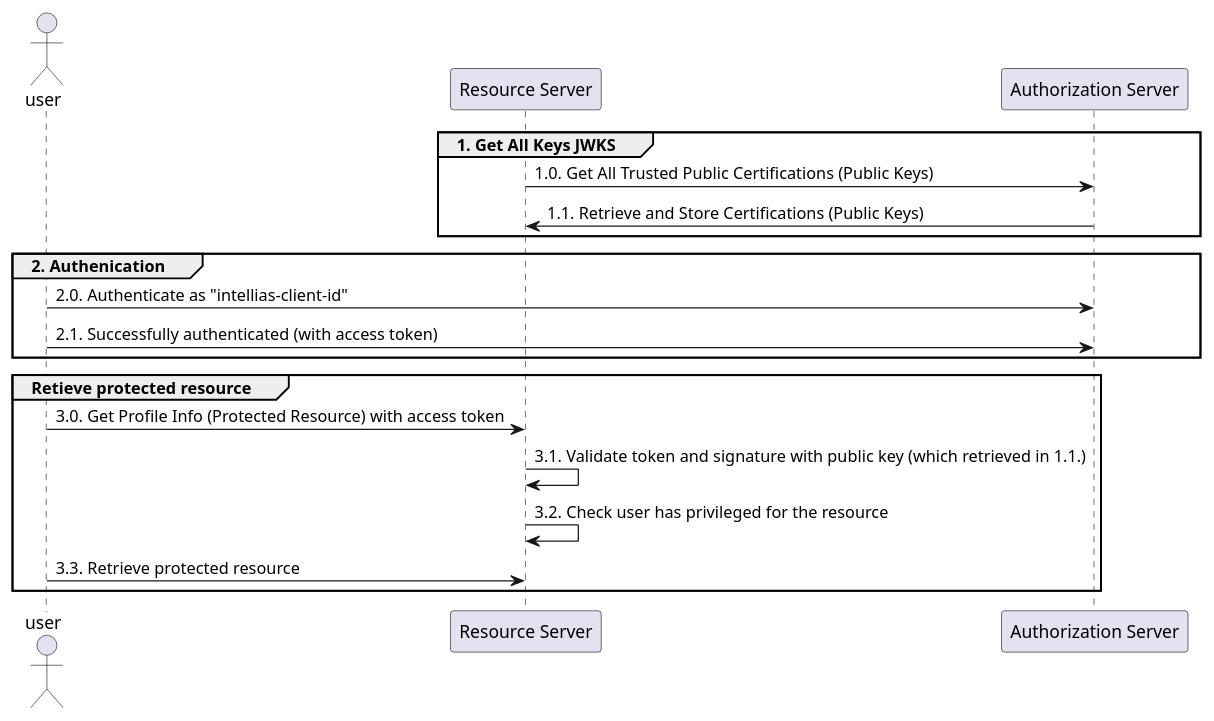
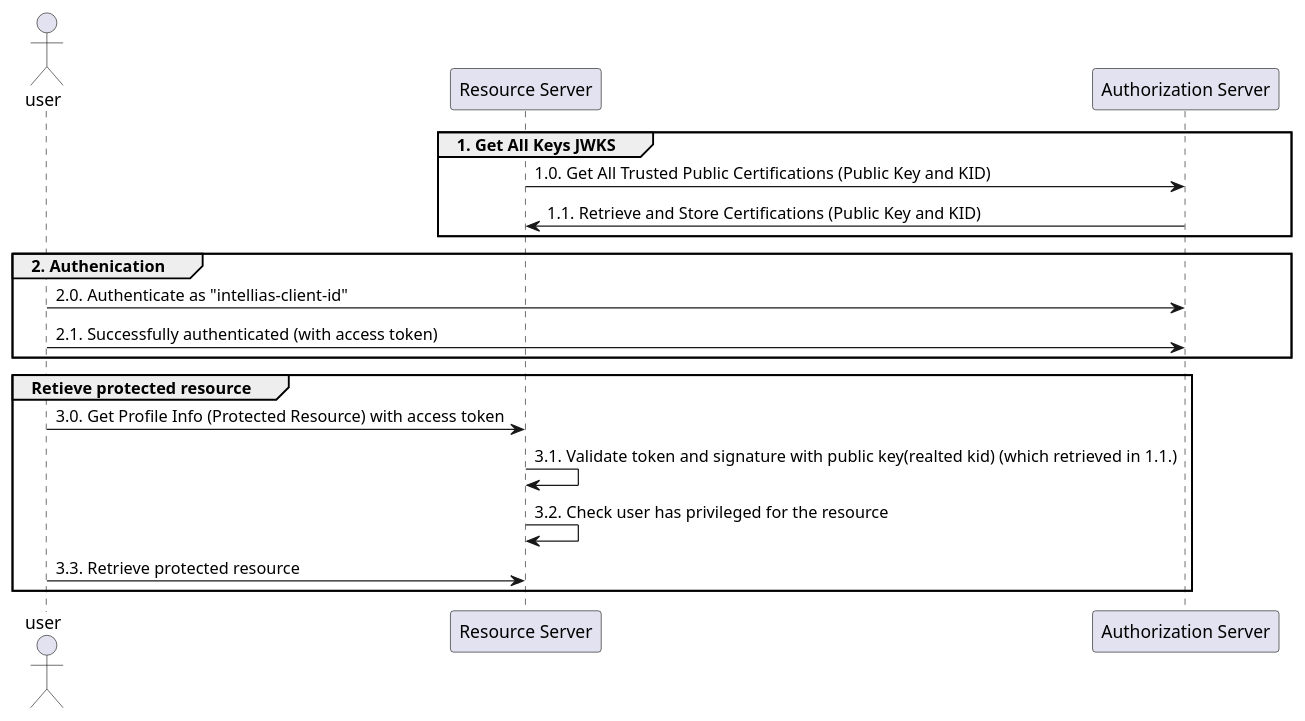
The diagram in assets/diagrams/authorization-sequence-diagram.puml (nazarov-pro/spring-oauth2-jwk), drawn with PlantUML before and after one commit. The commit also changed 6 other files, not shown here.

```diff
--- a/assets/diagrams/authorization-sequence-diagram.puml
+++ b/assets/diagrams/authorization-sequence-diagram.puml
@@ -1,24 +1,24 @@
 @startuml
 
 actor user as user
 participant resource as "Resource Server"
 participant auth as "Authorization Server"
 
 group 1. Get All Keys JWKS
-resource -> auth: 1.0. Get All Trusted Public Certifications (Public Keys)
-resource <- auth: 1.1. Retrieve and Store Certifications (Public Keys)
+resource -> auth: 1.0. Get All Trusted Public Certifications (Public Key and KID)
+resource <- auth: 1.1. Retrieve and Store Certifications (Public Key and KID)
 end group
 
 group 2. Authenication
 user -> auth: 2.0. Authenticate as "intellias-client-id"
 auth <- user: 2.1. Successfully authenticated (with access token)
 end
 
 group Retieve protected resource
 user -> resource: 3.0. Get Profile Info (Protected Resource) with access token
-resource -> resource: 3.1. Validate token and signature with public key (which retrieved in 1.1.)
+resource -> resource: 3.1. Validate token and signature with public key(realted kid) (which retrieved in 1.1.)
 resource -> resource: 3.2. Check user has privileged for the resource
 resource <- user: 3.3. Retrieve protected resource
 end group
 
 @enduml
```
